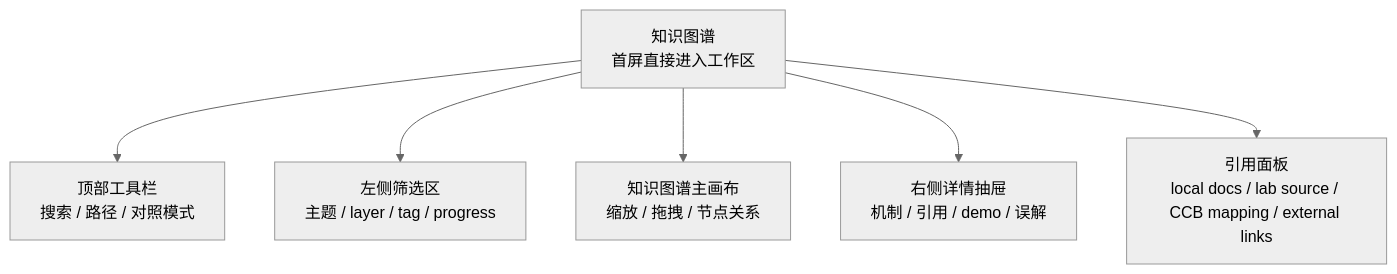
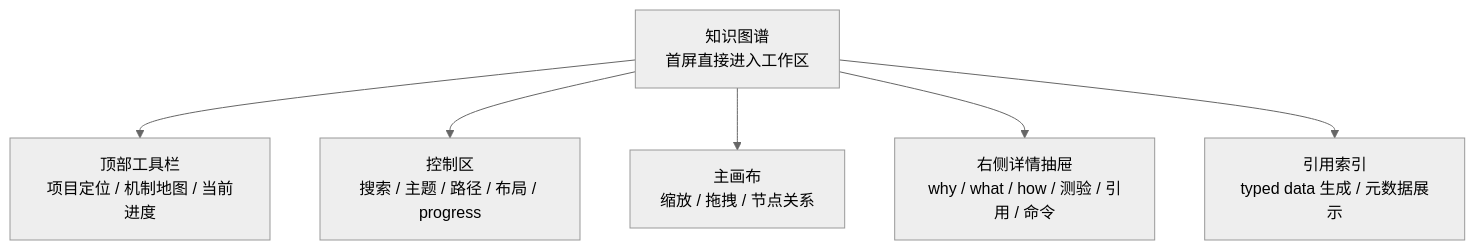
Before and after one commit to JasonxzWen/agent-harness-lab: the first of 3 diagrams in apps/knowledge-graph/docs/overall-design.md, drawn with Mermaid (neutral theme). The commit also changed other lines of this file and 14 other files, not shown here.

Commit message:
feat: complete knowledge graph enhancements

````diff
--- a/apps/knowledge-graph/docs/overall-design.md
+++ b/apps/knowledge-graph/docs/overall-design.md
@@ -17,8 +17,8 @@
 ```mermaid
 flowchart TD
-    A["知识图谱<br/>首屏直接进入工作区"] --> B["顶部工具栏<br/>搜索 / 路径 / 对照模式"]
-    A --> C["左侧筛选区<br/>主题 / layer / tag / progress"]
-    A --> D["知识图谱主画布<br/>缩放 / 拖拽 / 节点关系"]
-    A --> E["右侧详情抽屉<br/>机制 / 引用 / demo / 误解"]
-    A --> F["引用面板<br/>local docs / lab source / CCB mapping / external links"]
+    A["知识图谱<br/>首屏直接进入工作区"] --> B["顶部工具栏<br/>项目定位 / 机制地图 / 当前进度"]
+    A --> C["控制区<br/>搜索 / 主题 / 路径 / 布局 / progress"]
+    A --> D["主画布<br/>缩放 / 拖拽 / 节点关系"]
+    A --> E["右侧详情抽屉<br/>why / what / how / 测验 / 引用 / 命令"]
+    A --> F["引用索引<br/>typed data 生成 / 元数据展示"]
 ```
````
